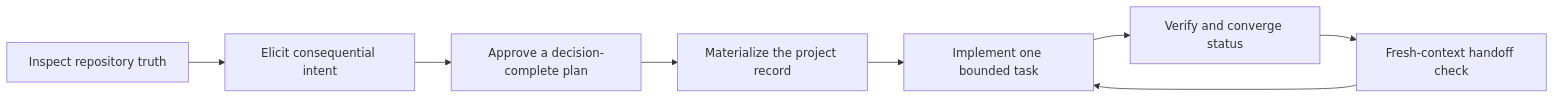
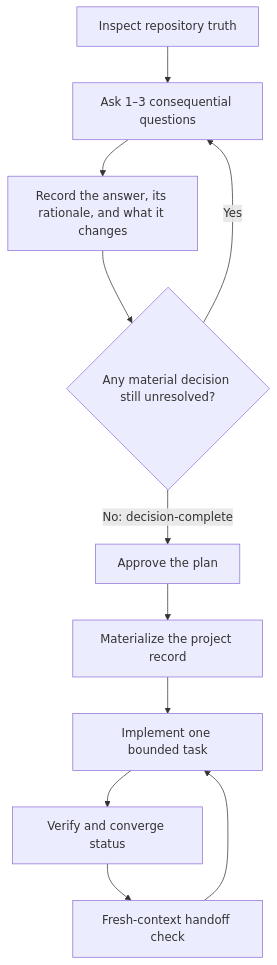
One commit to seolbbb/manage-project-intent changed the diagram in README.md. Above: the diagram before and after it, drawn with Mermaid. The commit also changed other lines of this file and 15 other files, not shown here.

````diff
--- a/README.md
+++ b/README.md
@@ -43,10 +56,13 @@
 ```mermaid
-flowchart LR
-    A["Inspect repository truth"] --> B["Elicit consequential intent"]
-    B --> C["Approve a decision-complete plan"]
-    C --> D["Materialize the project record"]
-    D --> E["Implement one bounded task"]
-    E --> F["Verify and converge status"]
-    F --> G["Fresh-context handoff check"]
-    G --> E
+flowchart TD
+    A["Inspect repository truth"] --> B["Ask 1–3 consequential questions"]
+    B --> C["Record the answer, its rationale, and what it changes"]
+    C --> D{"Any material decision still unresolved?"}
+    D -- "Yes" --> B
+    D -- "No: decision-complete" --> E["Approve the plan"]
+    E --> F["Materialize the project record"]
+    F --> G["Implement one bounded task"]
+    G --> H["Verify and converge status"]
+    H --> I["Fresh-context handoff check"]
+    I --> G
 ```
````
